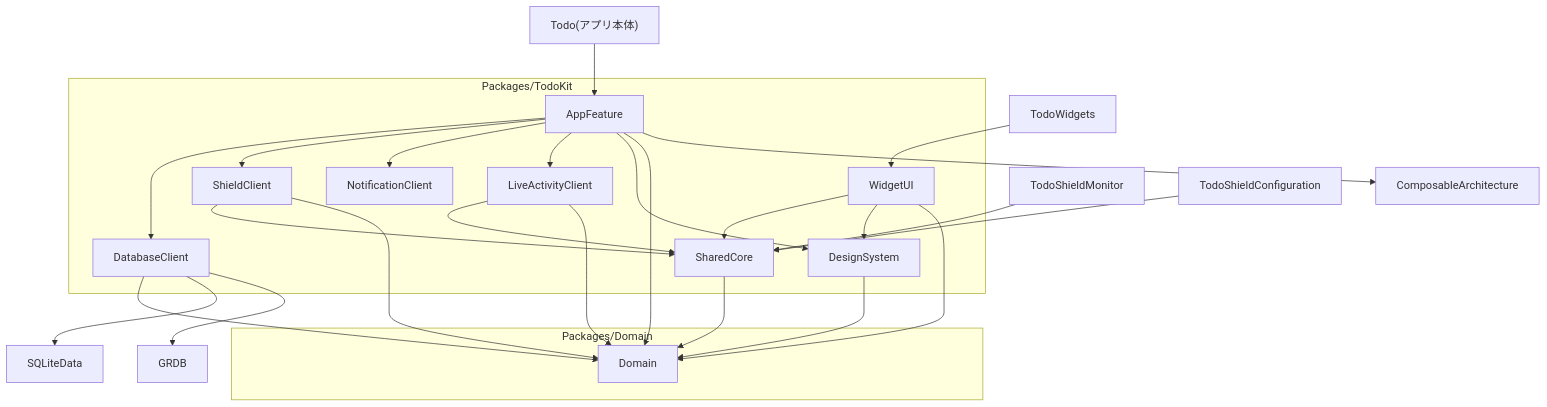
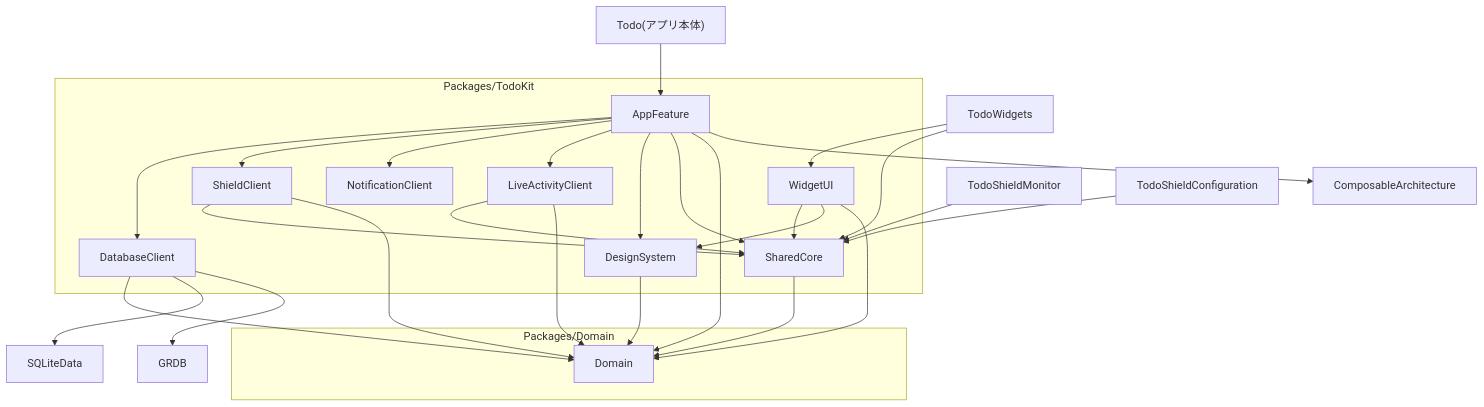
One commit to TaiyoYamada/todo changed the first of 2 diagrams in docs/engineering/architecture.md. Above: the diagram before and after it, drawn with Mermaid. The commit also changed other lines of this file, not shown here.

````diff
--- a/docs/engineering/architecture.md
+++ b/docs/engineering/architecture.md
@@ -48,35 +48,37 @@
 ```mermaid
 flowchart TD
     App["Todo(アプリ本体)"] --> AppFeature
     Widgets["TodoWidgets"] --> WidgetUI
+    Widgets --> SharedCore
     Monitor["TodoShieldMonitor"] --> SharedCore
     ShieldConfig["TodoShieldConfiguration"] --> SharedCore
 
     subgraph TodoKit["Packages/TodoKit"]
         AppFeature --> DatabaseClient
         AppFeature --> ShieldClient
         AppFeature --> NotificationClient
         AppFeature --> LiveActivityClient
         AppFeature --> DesignSystem
+        AppFeature --> SharedCore
         ShieldClient --> SharedCore
         LiveActivityClient --> SharedCore
         WidgetUI --> SharedCore
         WidgetUI --> DesignSystem
     end
 
     subgraph DomainPackage["Packages/Domain"]
         Domain
     end
 
     AppFeature --> Domain
     DatabaseClient --> Domain
     ShieldClient --> Domain
     LiveActivityClient --> Domain
     WidgetUI --> Domain
     SharedCore --> Domain
     DesignSystem --> Domain
 
     AppFeature --> TCA["ComposableArchitecture"]
     DatabaseClient --> SQLiteData
     DatabaseClient --> GRDB
 ```
````
